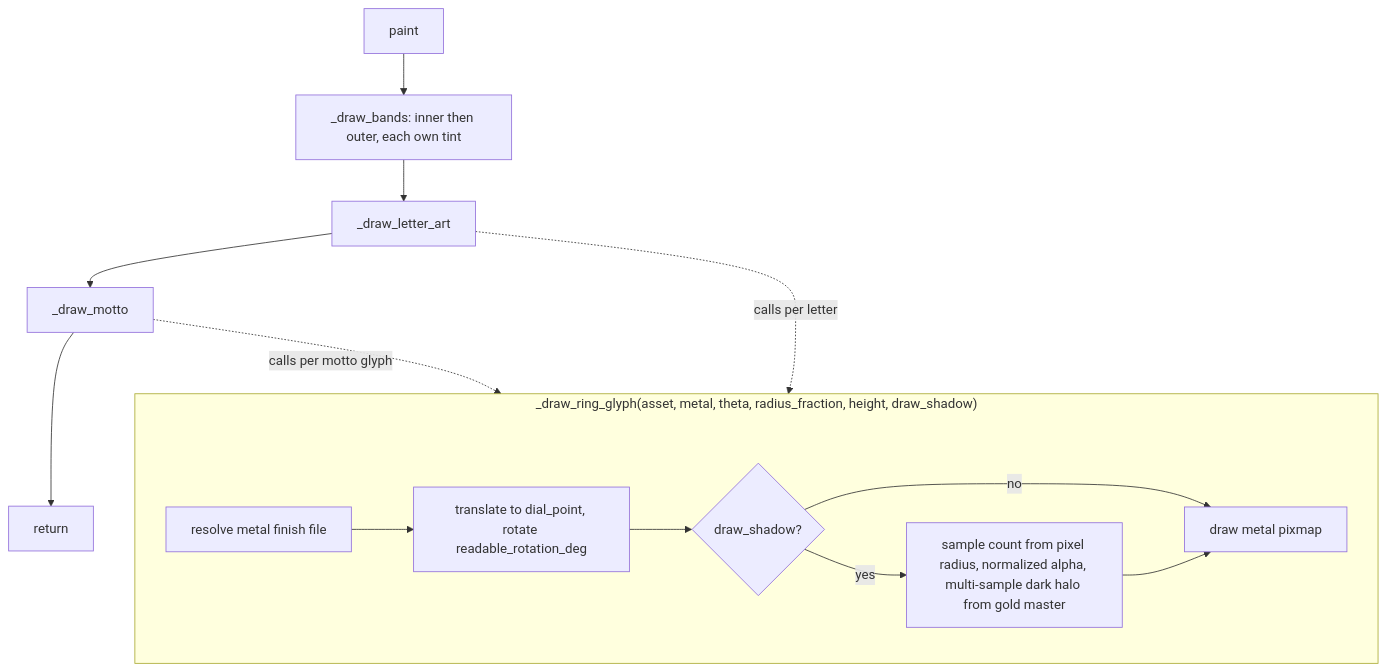
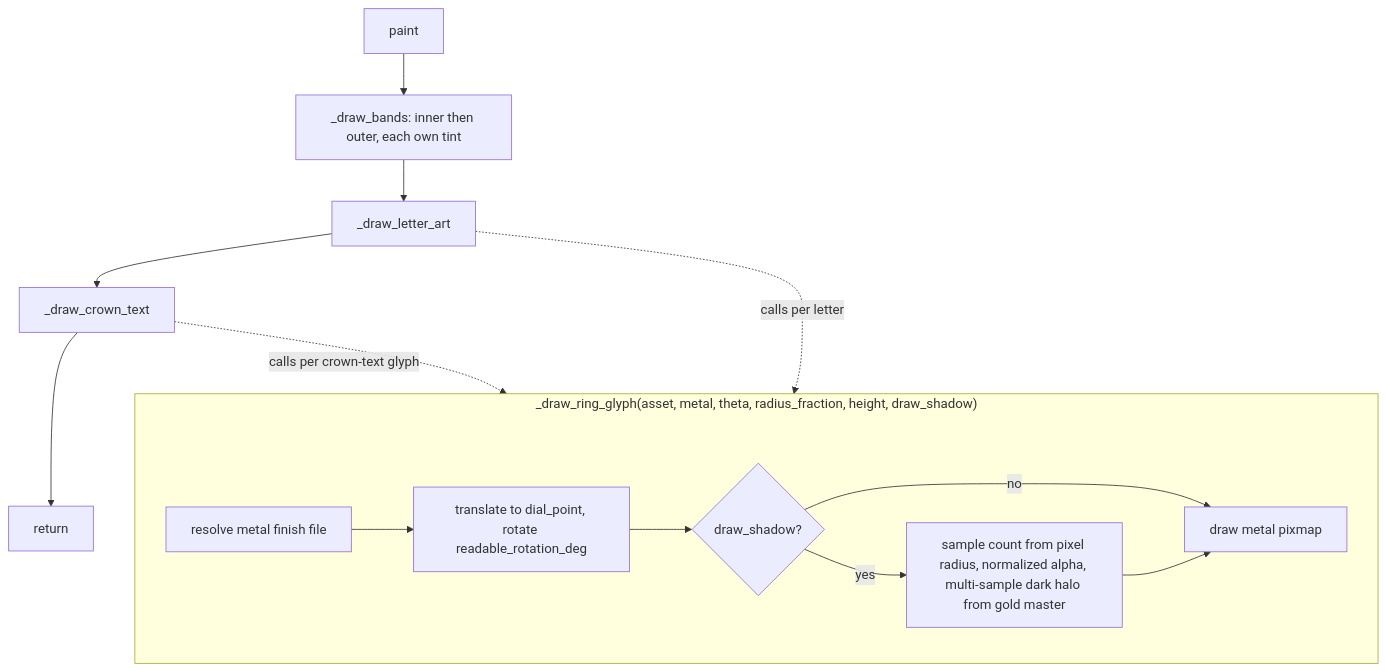
One commit to UVuruna/Watch-Academy changed the diagram in render/layers/__flow/ring.md. Above: the diagram before and after it, drawn with Mermaid. The commit also changed other lines of this file and 40 other files, not shown here.

````diff
--- a/render/layers/__flow/ring.md
+++ b/render/layers/__flow/ring.md
@@ -7,15 +7,15 @@
 ```mermaid
 %%{init: {'flowchart': {'subGraphTitleMargin': {'top': 0, 'bottom': 35}}}}%%
 flowchart TB
     A[paint] --> B[_draw_bands: inner then outer, each own tint]
-    B --> D[_draw_letter_art] --> E[_draw_motto] --> Z1[return]
+    B --> D[_draw_letter_art] --> E[_draw_crown_text] --> Z1[return]
     subgraph GLYPH["_draw_ring_glyph(asset, metal, theta, radius_fraction, height, draw_shadow)"]
         J[resolve metal finish file] --> L[translate to dial_point, rotate readable_rotation_deg]
         L --> S{draw_shadow?}
         S -->|yes| K[sample count from pixel radius, normalized alpha, multi-sample dark halo from gold master]
         S -->|no| M
         K --> M[draw metal pixmap]
     end
     D -.calls per letter.-> GLYPH
-    E -.calls per motto glyph.-> GLYPH
+    E -.calls per crown-text glyph.-> GLYPH
 ```
````
